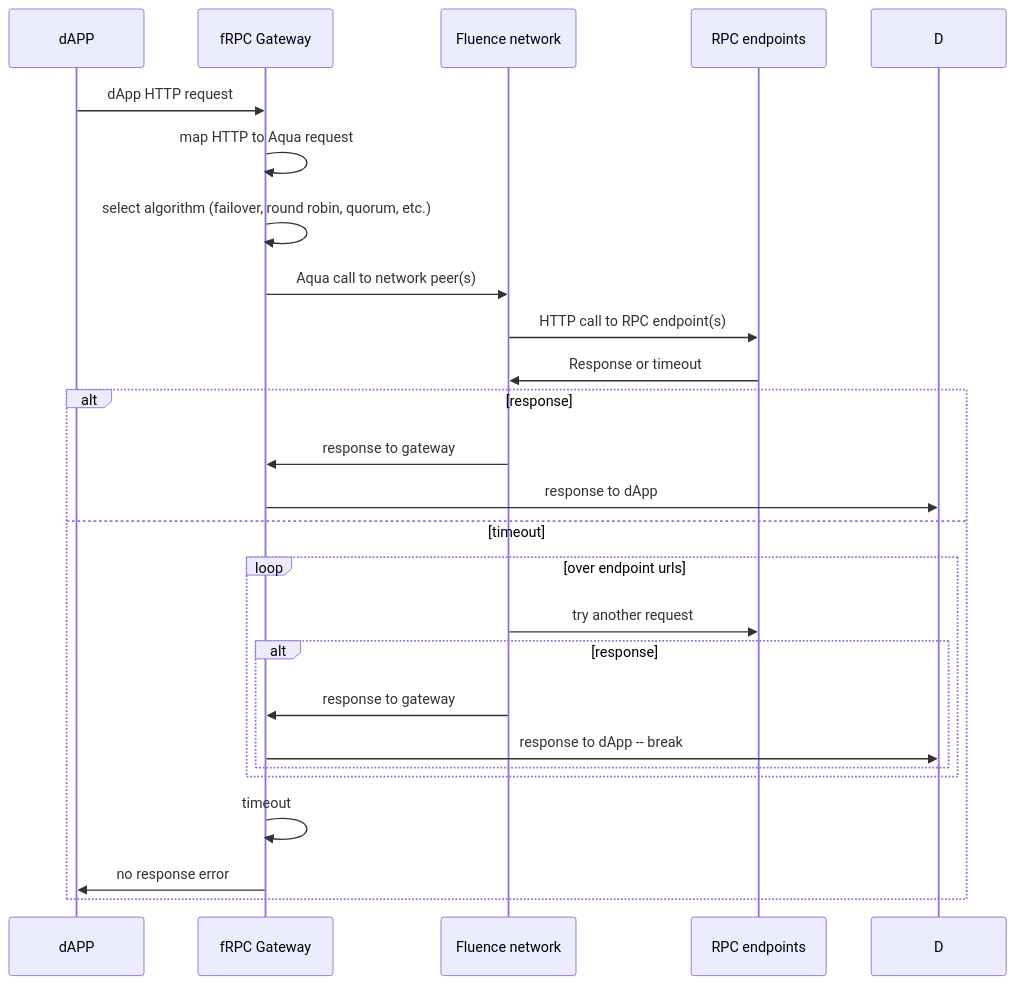
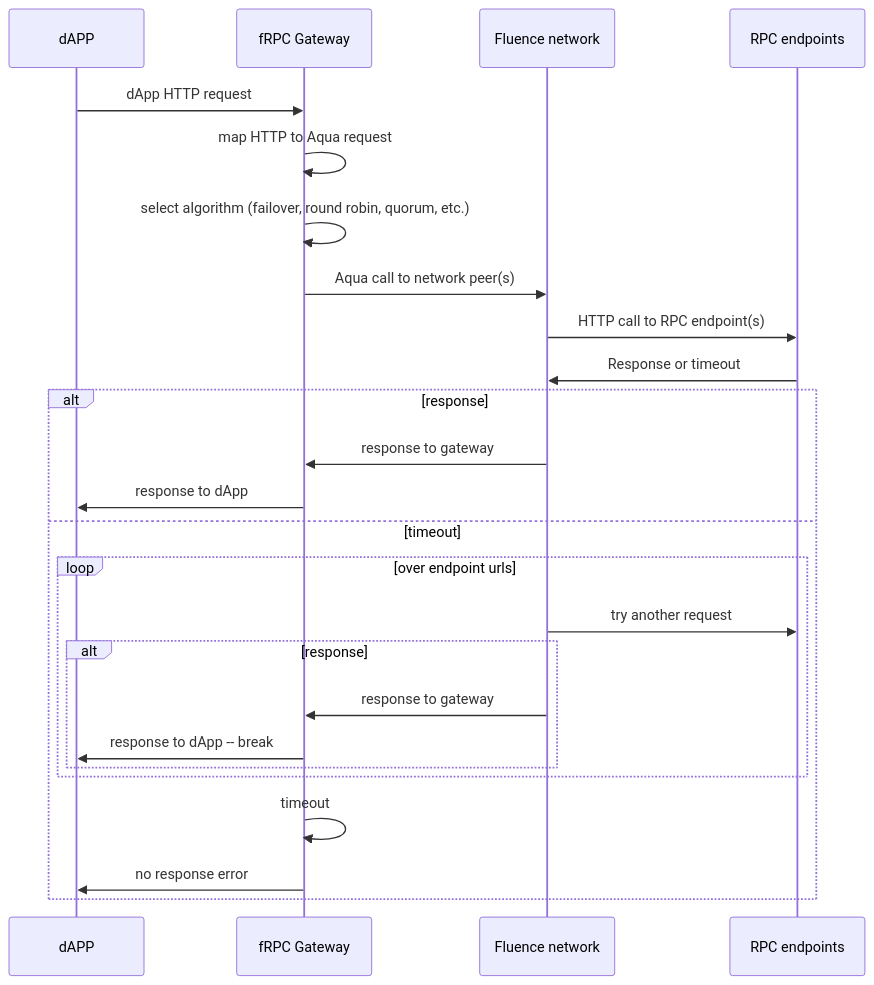
Before and after one commit to fluencelabs/fRPC-Substrate: the first of 4 diagrams in README.md, drawn with Mermaid. The commit also changed other lines of this file, not shown here.

Commit message:
update figure 1

````diff
--- a/README.md
+++ b/README.md
@@ -11,29 +11,29 @@
 ```mermaid
     sequenceDiagram
 
     participant A as dAPP
     participant G as fRPC Gateway
     participant N as Fluence network
     participant R as RPC endpoints
 
     A ->> G: dApp HTTP request
     G ->> G: map HTTP to Aqua request
     G ->> G: select algorithm (failover, round robin, quorum, etc.)
     G ->> N: Aqua call to network peer(s)
     N ->> R: HTTP call to RPC endpoint(s)
     R ->> N: Response or timeout
     alt response
       N ->> G: response to gateway
-      G ->> D: response to dApp  
+      G ->> A: response to dApp  
     else timeout
       loop over endpoint urls
         N ->> R: try another request
         alt response
           N ->> G: response to gateway
-          G ->> D: response to dApp -- break
+          G ->> A: response to dApp -- break
         end
       end
       G ->> G: timeout 
       G ->> A: no response error
     end
 ```
````
